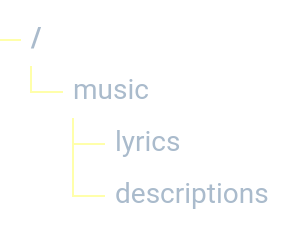
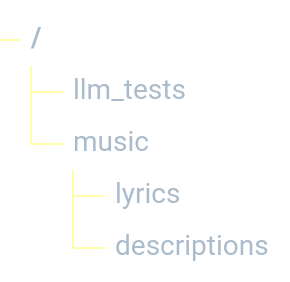
One commit to iBrotNano/my-prompts changed the diagram in README.md. Above: the diagram before and after it, drawn with Mermaid.

````diff
--- a/README.md
+++ b/README.md
@@ -10,17 +10,18 @@
 ```mermaid
 ---
 config:
     treeView:
         rowIndent: 16
         lineThickness: 1
     themeVariables:
         treeView:
             labelFontSize: '14px'
             labelColor: '#abc'
             lineColor: '#ffa'
 ---
 treeView-beta
+    "llm_tests"
     "music"
       "lyrics"
       "descriptions"
 ```
````
